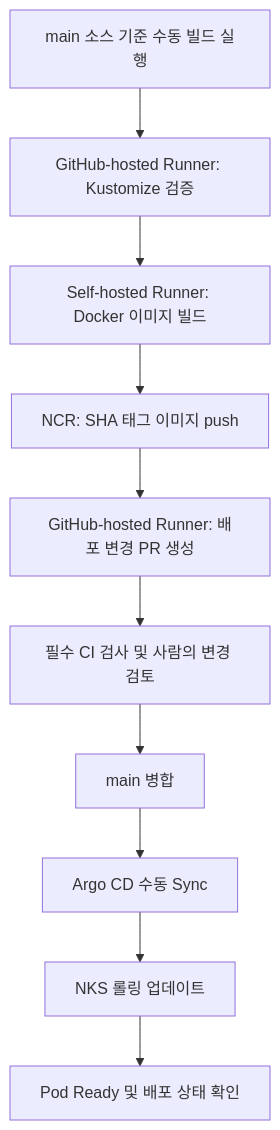
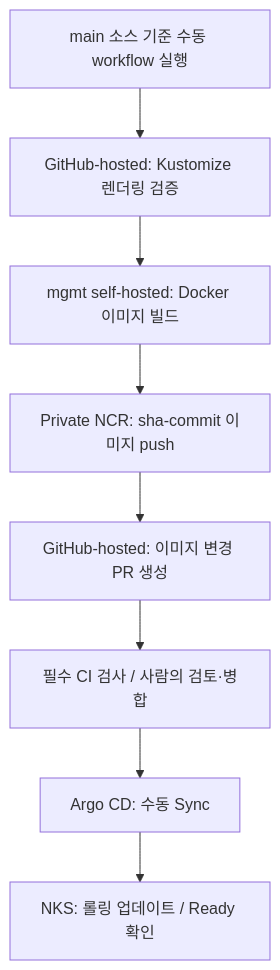
The first of 2 diagrams in README.md (manmanjae/ncp-nks-devops), drawn with Mermaid before and after one commit. The commit also changed other lines of this file, not shown here.

````diff
--- a/README.md
+++ b/README.md
@@ -40,12 +45,10 @@
 ```mermaid
 flowchart TD
-    A[main 소스 기준 수동 빌드 실행] --> B[GitHub-hosted Runner: Kustomize 검증]
-    B --> C[Self-hosted Runner: Docker 이미지 빌드]
-    C --> D[NCR: SHA 태그 이미지 push]
-    D --> E[GitHub-hosted Runner: 배포 변경 PR 생성]
-    E --> F[필수 CI 검사 및 사람의 변경 검토]
-    F --> G[main 병합]
-    G --> H[Argo CD 수동 Sync]
-    H --> I[NKS 롤링 업데이트]
-    I --> J[Pod Ready 및 배포 상태 확인]
+    A["main 소스 기준 수동 workflow 실행"] --> B["GitHub-hosted: Kustomize 렌더링 검증"]
+    B --> C["mgmt self-hosted: Docker 이미지 빌드"]
+    C --> D["Private NCR: sha-commit 이미지 push"]
+    D --> E["GitHub-hosted: 이미지 변경 PR 생성"]
+    E --> F["필수 CI 검사 / 사람의 검토·병합"]
+    F --> G["Argo CD: 수동 Sync"]
+    G --> H["NKS: 롤링 업데이트 / Ready 확인"]
 ```
````
